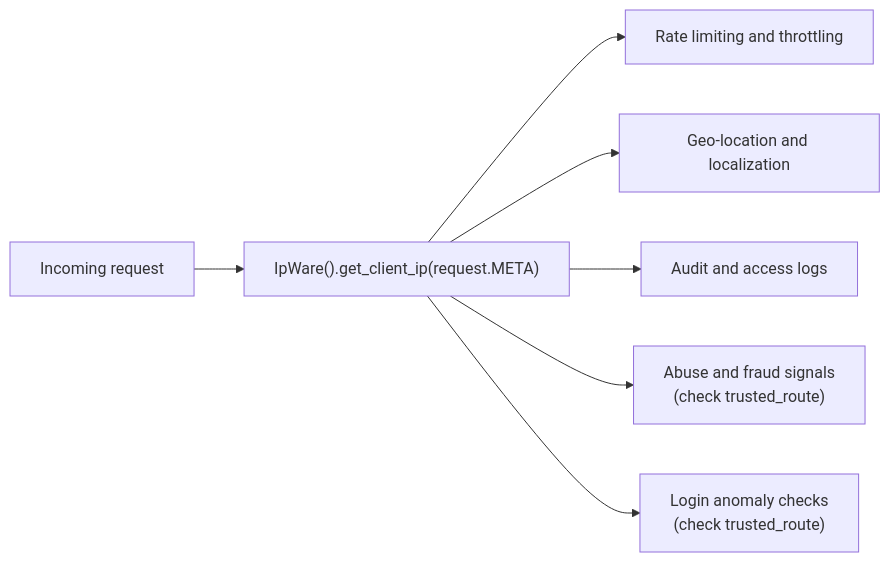
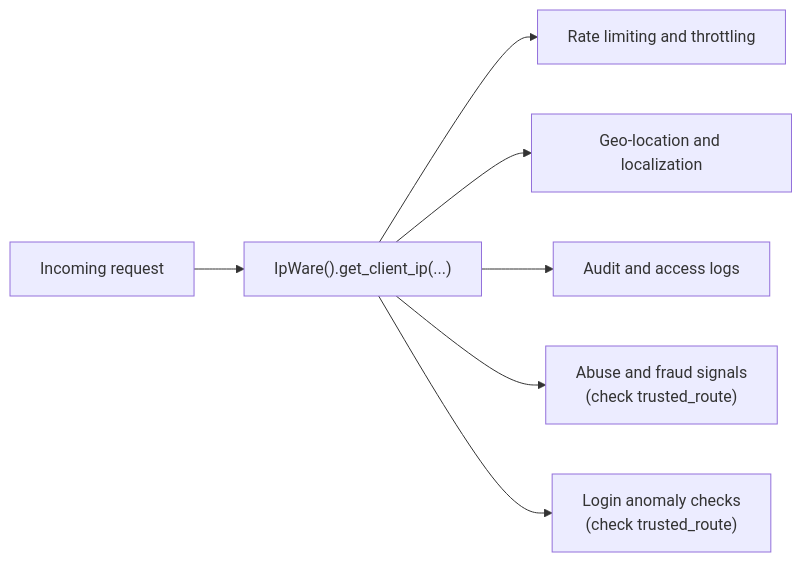
Before and after one commit to un33k/python-ipware: the first of 6 diagrams in README.md, drawn with Mermaid. The commit also changed other lines of this file, not shown here.

Commit message:
README: keep diagrams framework-neutral (drop Django-specific request.META)

````diff
--- a/README.md
+++ b/README.md
@@ -42,9 +42,9 @@
 ```mermaid
 flowchart LR
-    R["Incoming request"] --> I["IpWare().get_client_ip(request.META)"]
+    R["Incoming request"] --> I["IpWare().get_client_ip(...)"]
     I --> RL["Rate limiting and throttling"]
     I --> GEO["Geo-location and localization"]
     I --> LOG["Audit and access logs"]
     I --> FR["Abuse and fraud signals<br/>(check trusted_route)"]
     I --> AUTH["Login anomaly checks<br/>(check trusted_route)"]
 ```
````
